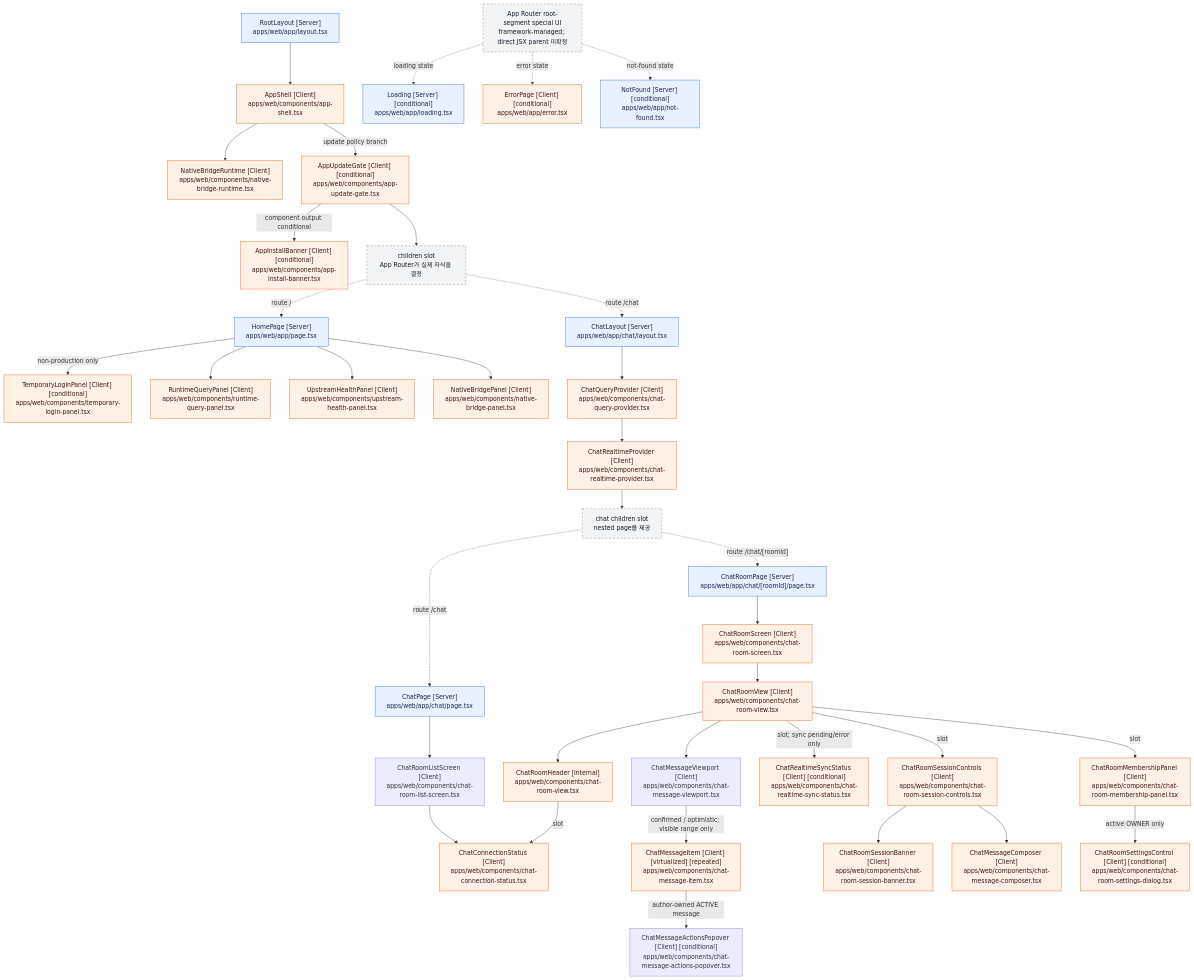
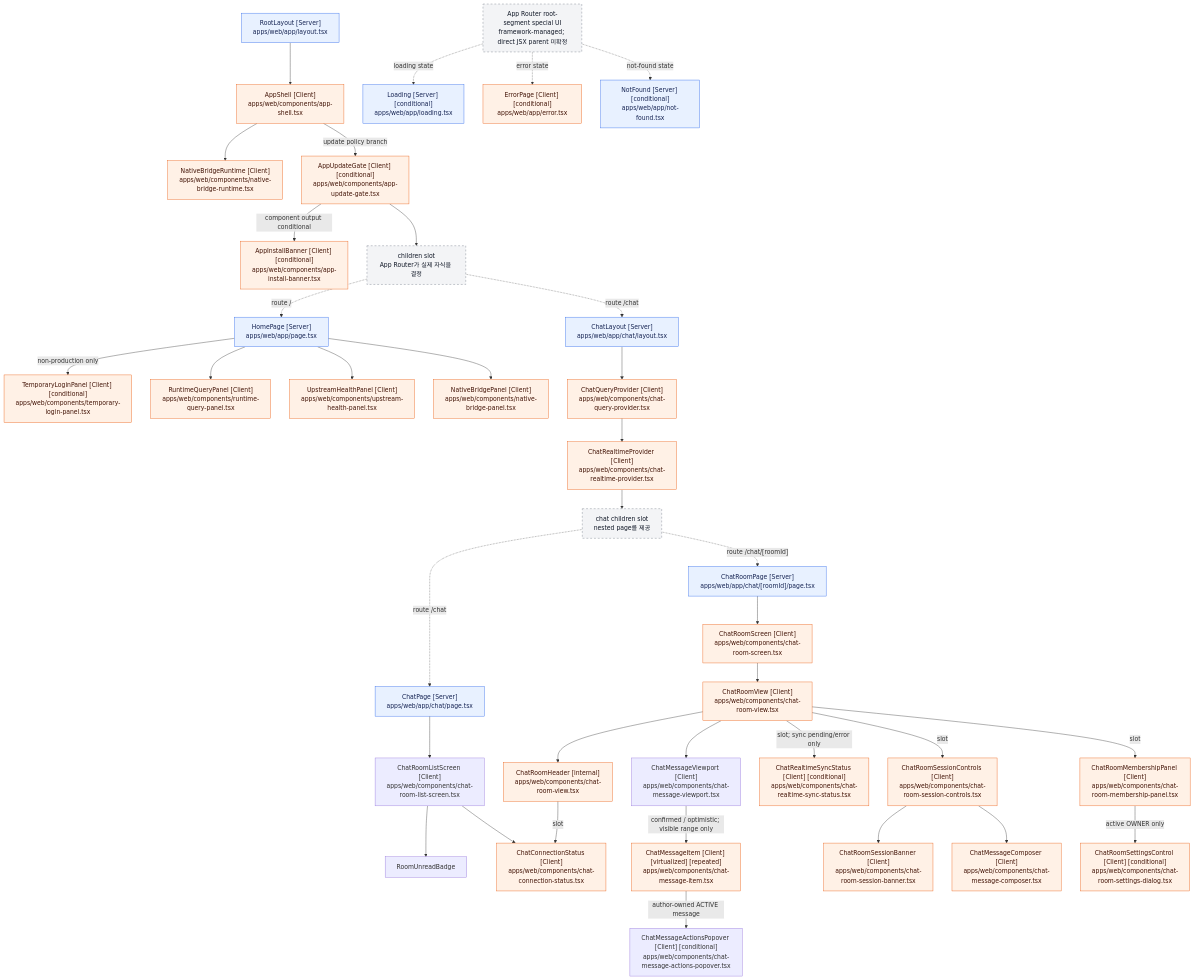
The diagram in docs/architecture/react-component-tree.md (mokpombc17-coder/CIVIC-AI), drawn with Mermaid before and after one commit. The commit also changed other lines of this file and 11 other files, not shown here.

Commit message:
feat(web): add room inbox unread list

```diff
--- a/docs/architecture/react-component-tree.md
+++ b/docs/architecture/react-component-tree.md
@@ -172,6 +173,7 @@
     ChatChildrenSlot -. "route /chat" .-> ChatPage
     ChatChildrenSlot -. "route /chat/[roomId]" .-> ChatRoomPage
     ChatPage --> ChatRoomListScreen
+    ChatRoomListScreen --> RoomUnreadBadge
     ChatRoomListScreen --> ChatConnectionStatus
     ChatRoomPage --> ChatRoomScreen
     ChatRoomScreen --> ChatRoomView
```
